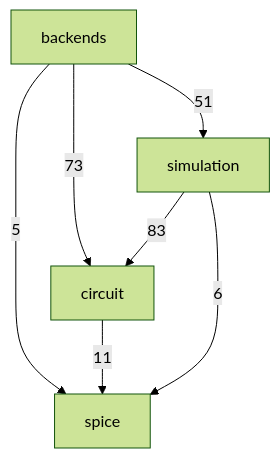
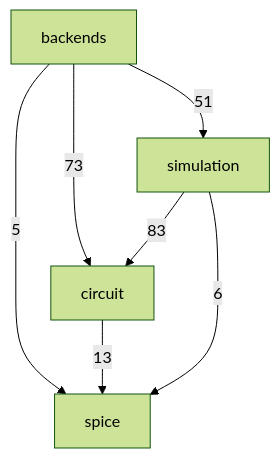
Before and after one commit to ronnymilleo/imcsim: the second of 3 diagrams in docs/architecture.md, drawn with Mermaid (forest theme). The commit also changed other lines of this file and 1 other file, not shown here.

Commit message:
Update architecture and Nodalys class diagrams

````diff
--- a/docs/architecture.md
+++ b/docs/architecture.md
@@ -33,13 +33,13 @@
 ```mermaid
 flowchart TD
     app_core_spice[spice]
     app_core_circuit[circuit]
     app_core_simulation[simulation]
     app_core_backends[backends]
     app_core_backends -->|73| app_core_circuit
     app_core_backends -->|51| app_core_simulation
     app_core_backends -->|5| app_core_spice
-    app_core_circuit -->|11| app_core_spice
+    app_core_circuit -->|13| app_core_spice
     app_core_simulation -->|83| app_core_circuit
     app_core_simulation -->|6| app_core_spice
 ```
````
